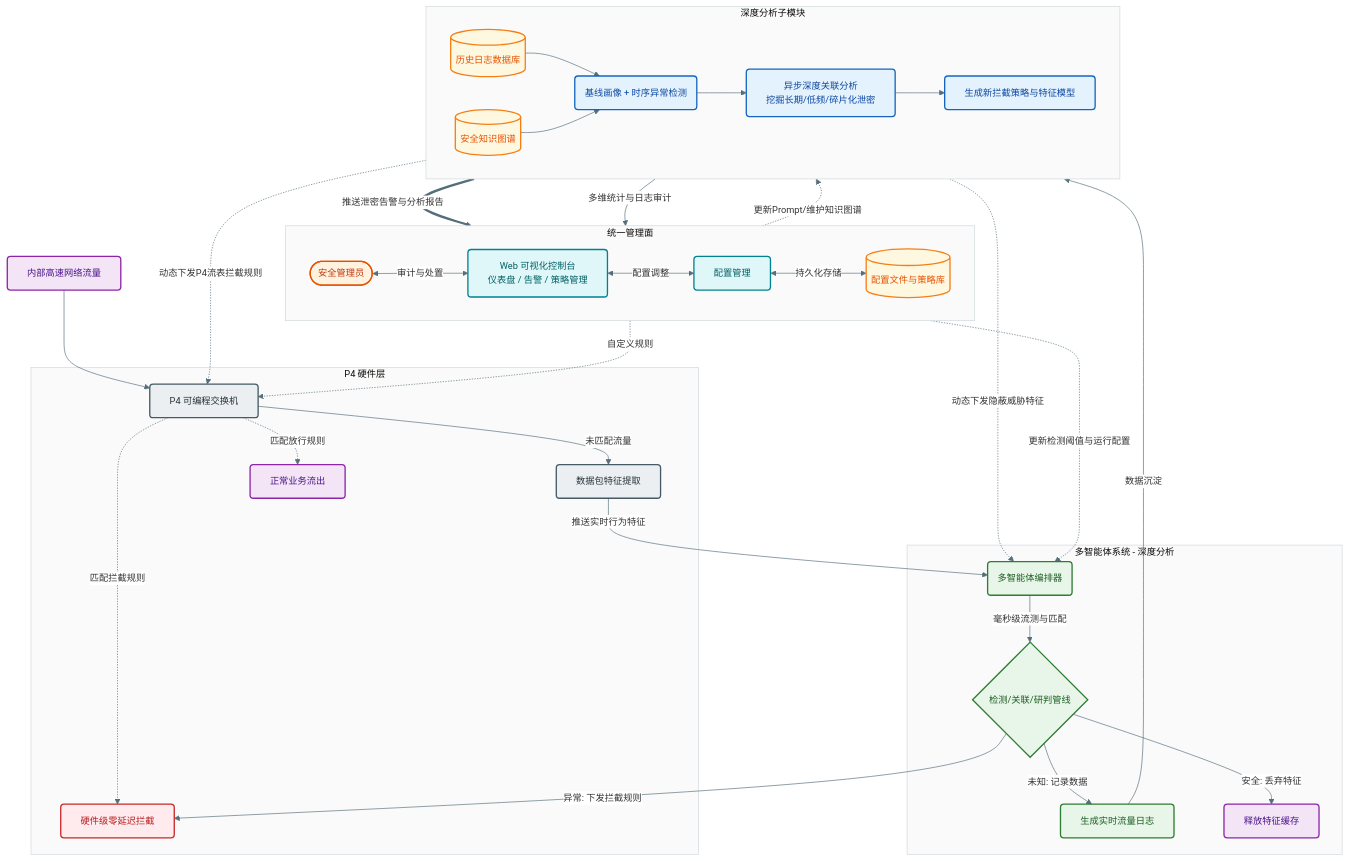
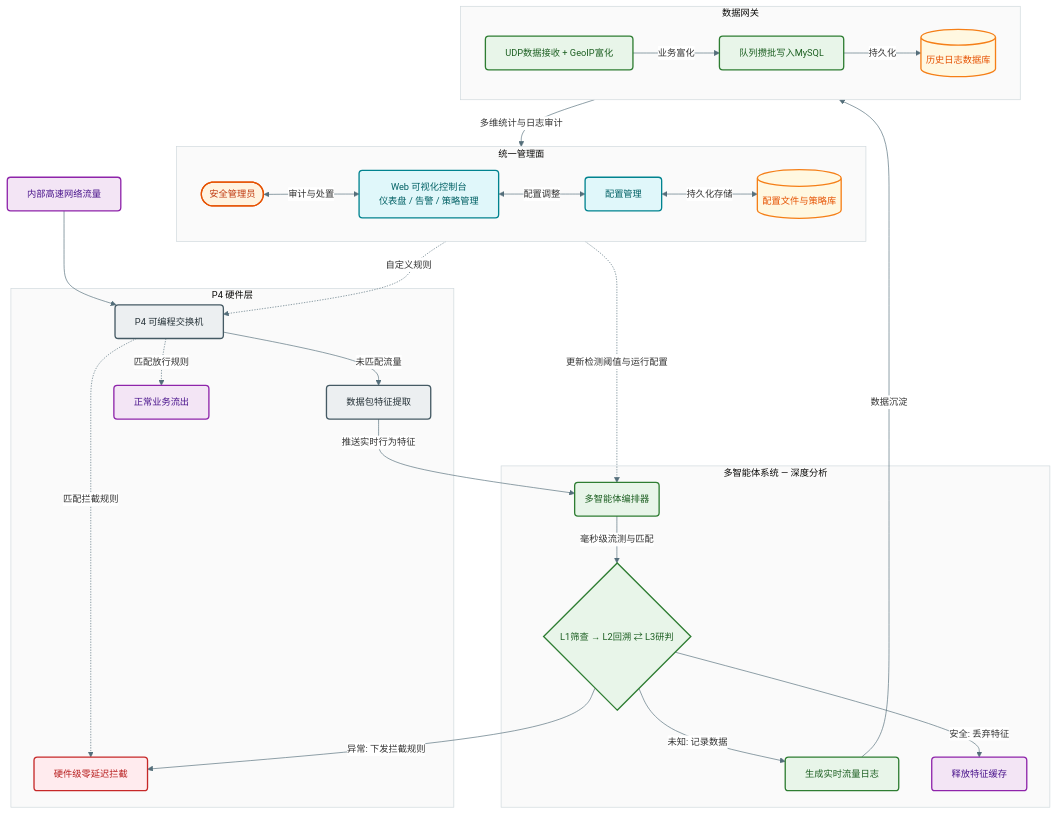
The diagram in README.md (oran-grove/Shoucang), drawn with Mermaid before and after one commit. The commit also changed other lines of this file and 11 other files, not shown here.

````diff
--- a/README.md
+++ b/README.md
@@ -28,7 +28,6 @@
     classDef traffic fill:#f3e5f5,stroke:#8e24aa,stroke-width:2px,color:#4a148c,rx:5,ry:5;
     classDef hardware fill:#eceff1,stroke:#455a64,stroke-width:2px,color:#263238,rx:5,ry:5;
     classDef agentBrain fill:#e8f5e9,stroke:#2e7d32,stroke-width:2px,color:#1b5e20,rx:5,ry:5;
-    classDef slowBrain fill:#e3f2fd,stroke:#1565c0,stroke-width:2px,color:#0d47a1,rx:5,ry:5;
     classDef data fill:#fff8e1,stroke:#f57f17,stroke-width:2px,color:#e65100,rx:10,ry:10;
     classDef action fill:#ffebee,stroke:#c62828,stroke-width:2px,color:#b71c1c,rx:5,ry:5;
     classDef alert fill:#fff3e0,stroke:#e65100,stroke-width:2px,color:#bf360c,rx:20,ry:20;
@@ -58,40 +57,31 @@
         P4Switch -.->|匹配拦截规则| HardwareDrop
     end
 
-    subgraph Layer2 [多智能体系统 - 深度分析]
-        FastAgent(多智能体编排器):::agentBrain
-        RealTimeAnalysis{检测/关联/研判管线}:::agentBrain
+    subgraph Layer2 [多智能体系统 — 深度分析]
+        Orchestrator(多智能体编排器):::agentBrain
+        Pipeline{L1筛查 → L2回溯 ⇄ L3研判}:::agentBrain
         LogGenerator[生成实时流量日志]:::agentBrain
 
-        FeatureExtract -->|推送实时行为特征| FastAgent
-        FastAgent -->|毫秒级流测与匹配| RealTimeAnalysis
-        RealTimeAnalysis -->|安全: 丢弃特征| NormalFeature[释放特征缓存]:::traffic
+        FeatureExtract -->|推送实时行为特征| Orchestrator
+        Orchestrator -->|毫秒级流测与匹配| Pipeline
+        Pipeline -->|安全: 丢弃特征| NormalFeature[释放特征缓存]:::traffic
     end
 
-    RealTimeAnalysis -->|异常: 下发拦截规则| HardwareDrop
-    RealTimeAnalysis -->|未知: 记录数据| LogGenerator
+    Pipeline -->|异常: 下发拦截规则| HardwareDrop
+    Pipeline -->|未知: 记录数据| LogGenerator
 
-    subgraph Layer3 [深度分析子模块]
+    subgraph Layer3 [数据网关]
         direction LR
         HistoryLog[(历史日志数据库)]:::data
-        KnowledgeGraph[(安全知识图谱)]:::data
-        SlowAgent(基线画像 + 时序异常检测):::slowBrain
-        DeepAnalysis[异步深度关联分析<br/>挖掘长期/低频/碎片化泄密]:::slowBrain
-        StrategyUpdate[生成新拦截策略与特征模型]:::slowBrain
+        DataBridge[UDP数据接收 + GeoIP富化]:::agentBrain
+        BatchWriter[队列攒批写入MySQL]:::agentBrain
 
         LogGenerator -->|数据沉淀| HistoryLog
-        HistoryLog --> SlowAgent
-        KnowledgeGraph --> SlowAgent
-        SlowAgent --> DeepAnalysis
-        DeepAnalysis --> StrategyUpdate
+        DataBridge -->|业务富化| BatchWriter
+        BatchWriter -->|持久化| HistoryLog
     end
-
-    StrategyUpdate -.->|动态下发隐蔽威胁特征| FastAgent
-    StrategyUpdate -.->|动态下发P4流表拦截规则| P4Switch
-    StrategyUpdate ==>|推送泄密告警与分析报告| WebUI
 
     HistoryLog -->|多维统计与日志审计| WebUI
     ConfigMgr -.->|自定义规则| P4Switch
-    ConfigMgr -.->|更新检测阈值与运行配置| FastAgent
-    ConfigMgr -.->|更新Prompt/维护知识图谱| SlowAgent
+    ConfigMgr -.->|更新检测阈值与运行配置| Orchestrator
 ```
````
